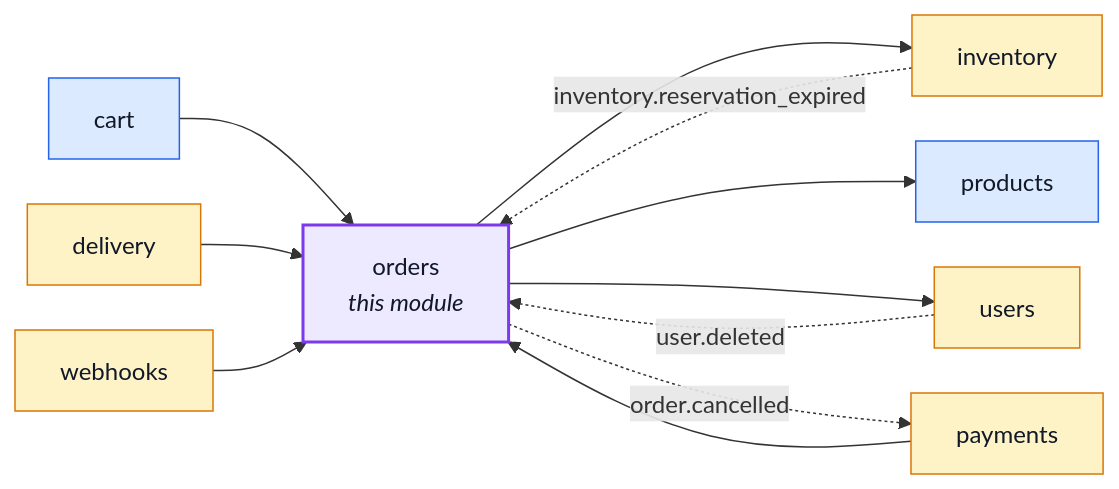
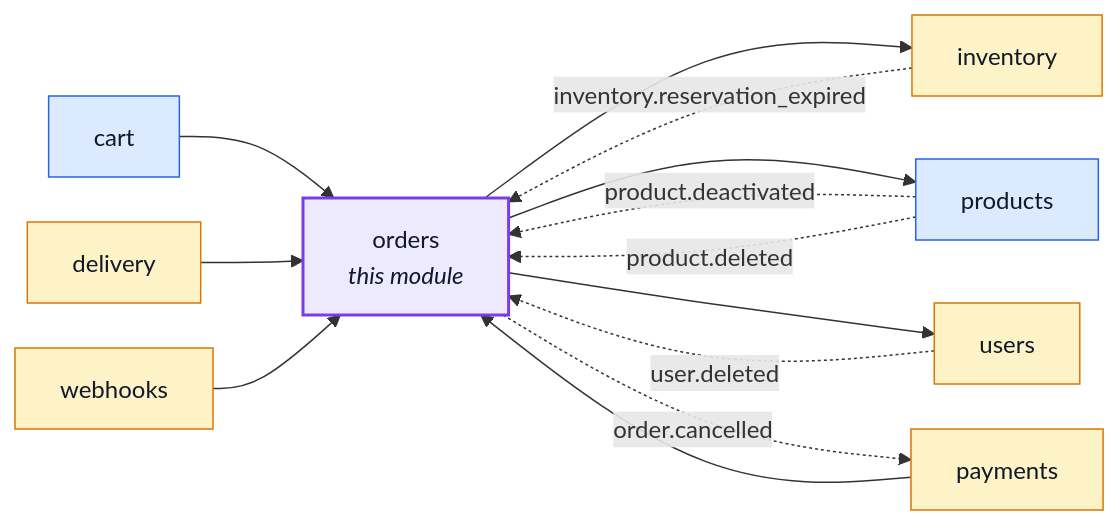
The first of 3 diagrams in docs/modules/orders.md (Guebbit/boilerplate-node-backend), drawn with Mermaid before and after one commit. The commit also changed 10 other files, not shown here.

````diff
--- a/docs/modules/orders.md
+++ b/docs/modules/orders.md
@@ -16,31 +16,33 @@
 ```mermaid
 %%{init: {'flowchart': {'nodeSpacing': 30, 'rankSpacing': 60}}}%%
 flowchart LR
     orders["orders<br/><i>this module</i>"]
     cart["cart"]
     delivery["delivery"]
     inventory["inventory"]
     payments["payments"]
     products["products"]
     users["users"]
     webhooks["webhooks"]
 
     cart --> orders
     delivery --> orders
     payments --> orders
     webhooks --> orders
     orders --> inventory
     orders --> products
     orders --> users
     inventory -. "inventory.reservation_expired" .-> orders
+    products -. "product.deactivated" .-> orders
+    products -. "product.deleted" .-> orders
     users -. "user.deleted" .-> orders
     orders -. "order.cancelled" .-> payments
 
     classDef core fill:#dbeafe,stroke:#2563eb,color:#111827;
     classDef supporting fill:#fef3c7,stroke:#d97706,color:#111827;
     classDef generic fill:#dcfce7,stroke:#16a34a,color:#111827;
     classDef centre fill:#ede9fe,stroke:#7c3aed,stroke-width:2px,color:#111827;
     class cart,products core;
     class delivery,inventory,payments,users,webhooks supporting;
     class orders centre;
 ```
````
